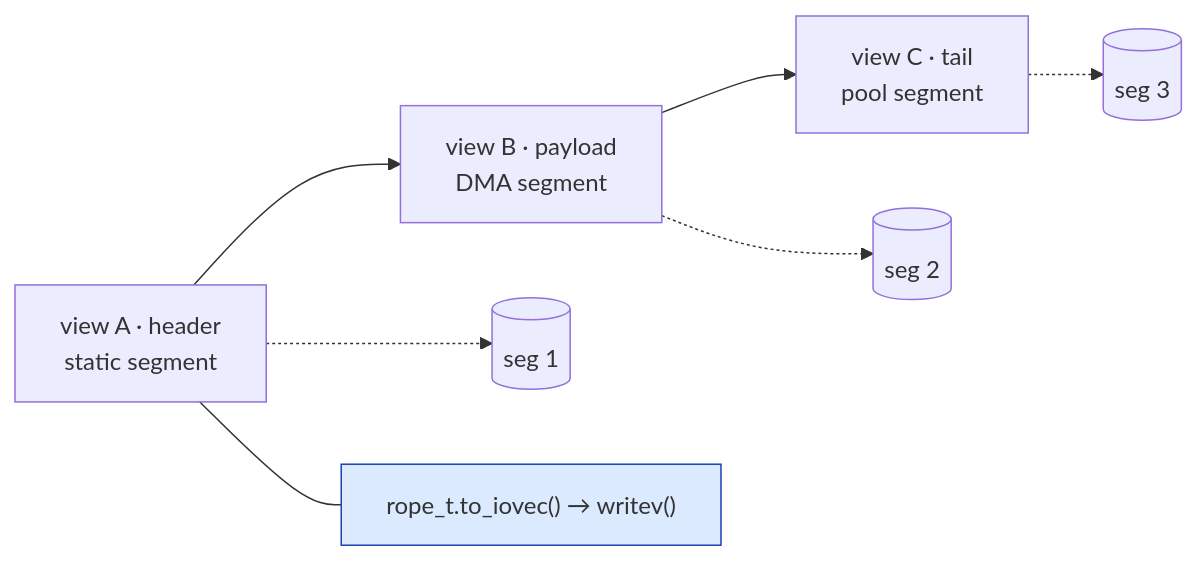
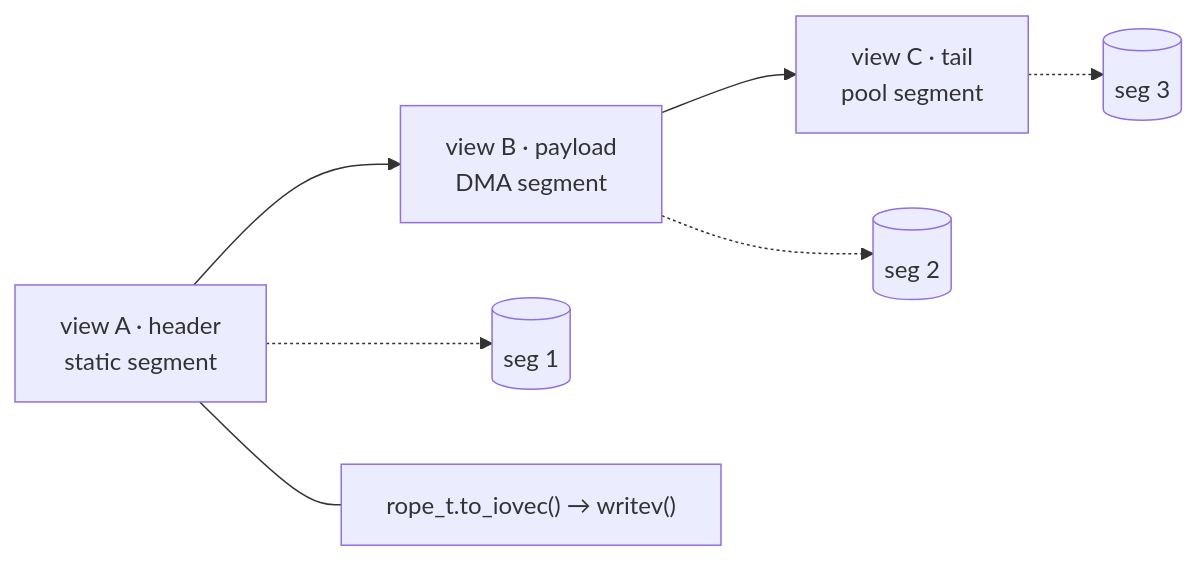
One commit to avatarsd-llc/libtracer changed the diagram in docs/modules/views.md. Above: the diagram before and after it, drawn with Mermaid. The commit also changed 32 other files, not shown here.

First line of the commit message:
docs: every diagram on the shared vocabulary, with alt text (#2373)

````diff
--- a/docs/modules/views.md
+++ b/docs/modules/views.md
@@ -79,10 +79,11 @@
 ```{mermaid}
 flowchart LR
+    accTitle: One message held as a rope of three views
+    accDescr: A header view over a static segment, a payload view over a DMA segment and a tail view over a pool segment form one rope. Each view points into its own segment. rope_t.to_iovec() hands all three to one writev().
     H["view A · header<br/>static segment"] --> P["view B · payload<br/>DMA segment"] --> T["view C · tail<br/>pool segment"]
     H -.-> S1[(seg 1)]
     P -.-> S2[(seg 2)]
     T -.-> S3[(seg 3)]
-    R["rope_t.to_iovec() → writev()"]:::e
+    R["rope_t.to_iovec() → writev()"]
     H --- R
-    classDef e fill:#dbeafe,stroke:#1e40af;
 ```
````
